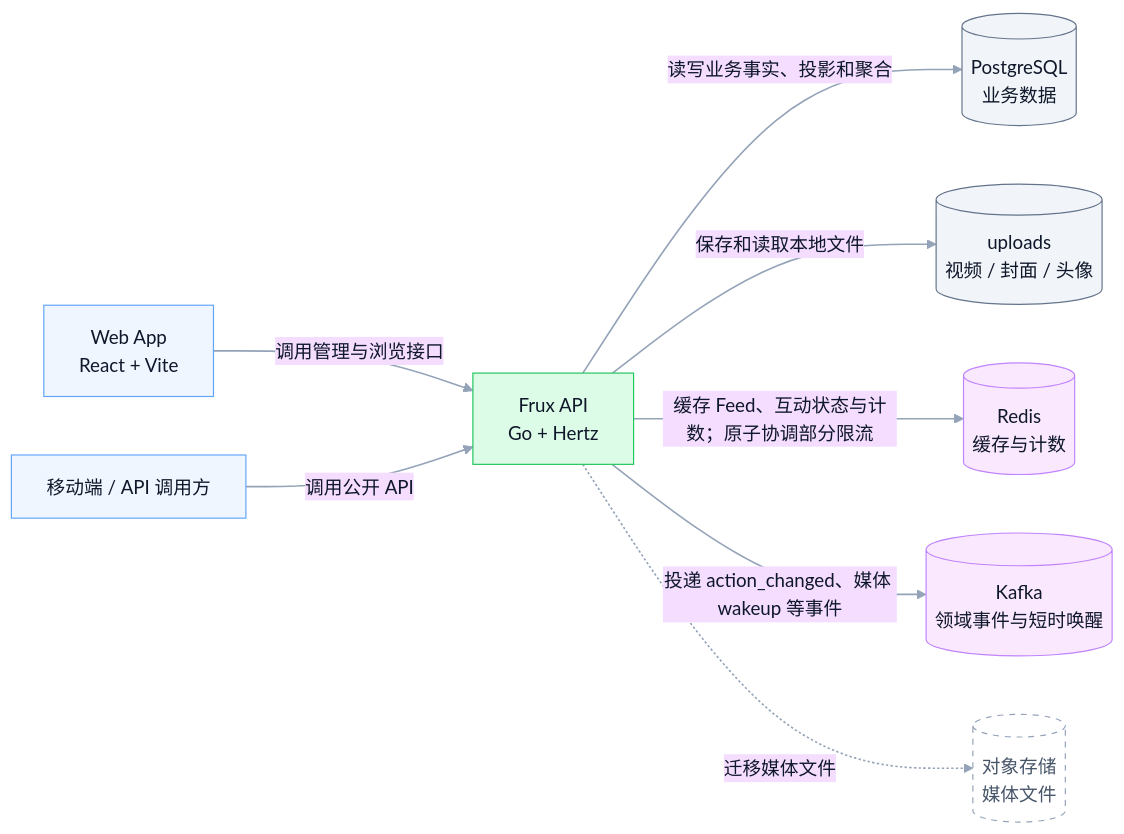
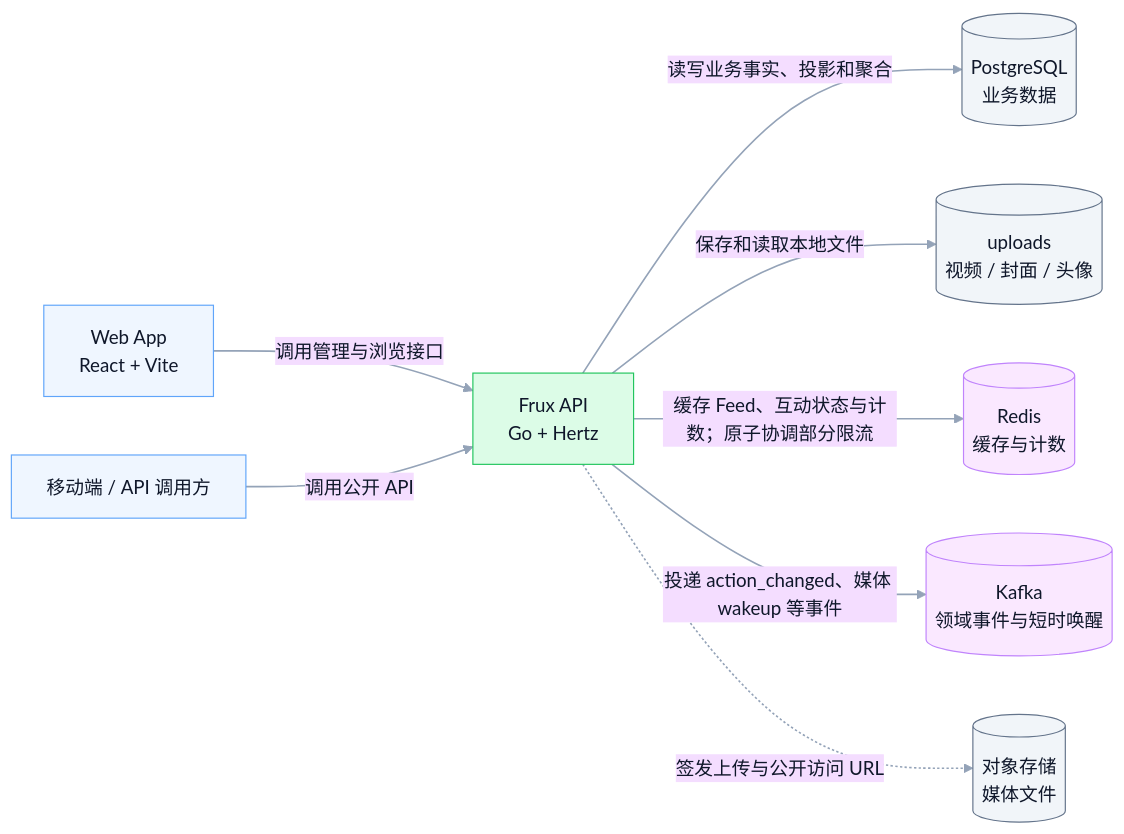
One commit to shiyudesu/frux changed the first of 12 diagrams in docs/architecture.md. Above: the diagram before and after it, drawn with Mermaid. The commit also changed other lines of this file and 45 other files, not shown here.

Commit message:
feat(media): reduce object storage egress

````diff
--- a/docs/architecture.md
+++ b/docs/architecture.md
@@ -9,45 +9,44 @@
 ```mermaid
 ---
 config:
   theme: base
   layout: dagre
   themeVariables:
     background: transparent
     fontFamily: Inter, PingFang SC, Microsoft YaHei, Arial
     primaryTextColor: "#0F172A"
     lineColor: "#94A3B8"
     clusterBkg: "#F8FAFC"
     clusterBorder: "#CBD5E1"
 ---
 flowchart LR
   %% Frux MVP system context
   classDef client fill:#EFF6FF,stroke:#60A5FA,color:#0F172A,stroke-width:1px;
   classDef system fill:#DCFCE7,stroke:#22C55E,color:#0F172A,stroke-width:1px;
   classDef store fill:#F1F5F9,stroke:#64748B,color:#0F172A,stroke-width:1px;
   classDef service fill:#FAE8FF,stroke:#C084FC,color:#0F172A,stroke-width:1px;
   classDef future fill:#FFFFFF,stroke:#94A3B8,color:#475569,stroke-width:1px,stroke-dasharray:5 5;
 
   Web["Web App<br/>React + Vite"]
   Client["移动端 / API 调用方"]
   API["Frux API<br/>Go + Hertz"]
   PostgreSQL[("PostgreSQL<br/>业务数据")]
   Uploads[("uploads<br/>视频 / 封面 / 头像")]
   Redis[("Redis<br/>缓存与计数")]
   Kafka[("Kafka<br/>领域事件与短时唤醒")]
   ObjectStorage[("对象存储<br/>媒体文件")]
 
   Web -->|"调用管理与浏览接口"| API
   Client -->|"调用公开 API"| API
   API -->|"读写业务事实、投影和聚合"| PostgreSQL
   API -->|"保存和读取本地文件"| Uploads
   API -->|"缓存 Feed、互动状态与计数；原子协调部分限流"| Redis
   API -->|"投递 action_changed、媒体 wakeup 等事件"| Kafka
-  API -.->|"迁移媒体文件"| ObjectStorage
+  API -.->|"签发上传与公开访问 URL"| ObjectStorage
 
   class Web,Client client;
   class API system;
-  class PostgreSQL,Uploads store;
+  class PostgreSQL,Uploads,ObjectStorage store;
   class Redis,Kafka service;
-  class ObjectStorage future;
   linkStyle default stroke:#94A3B8,stroke-width:1.4px
 ```
````
